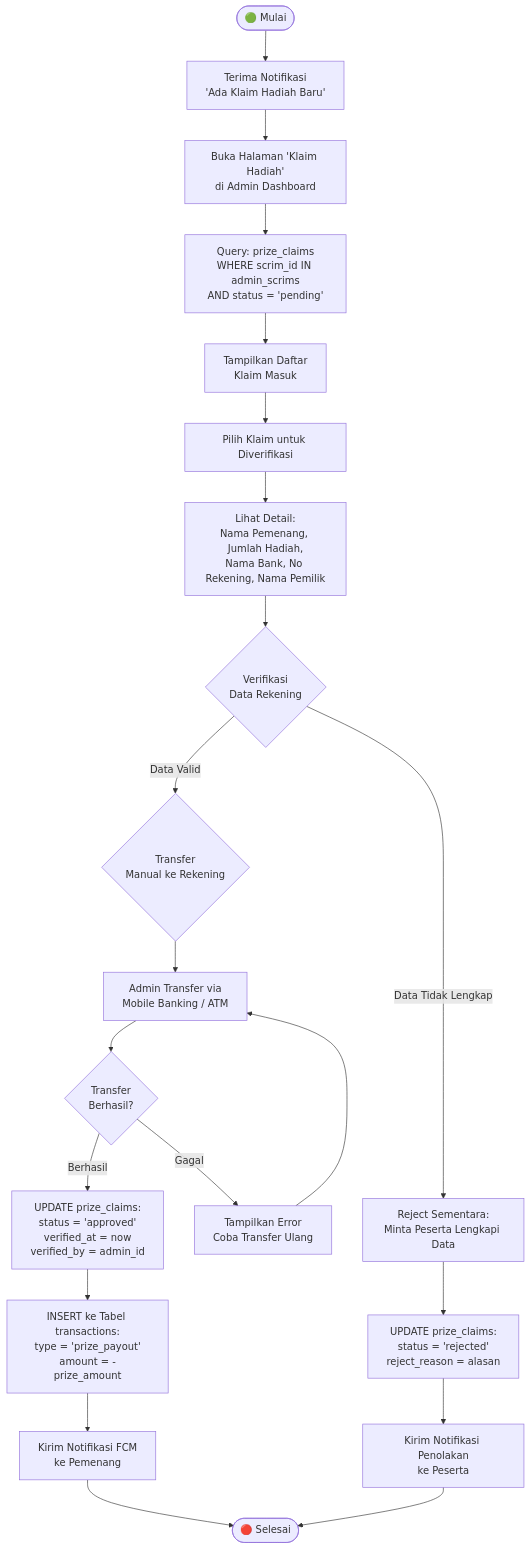
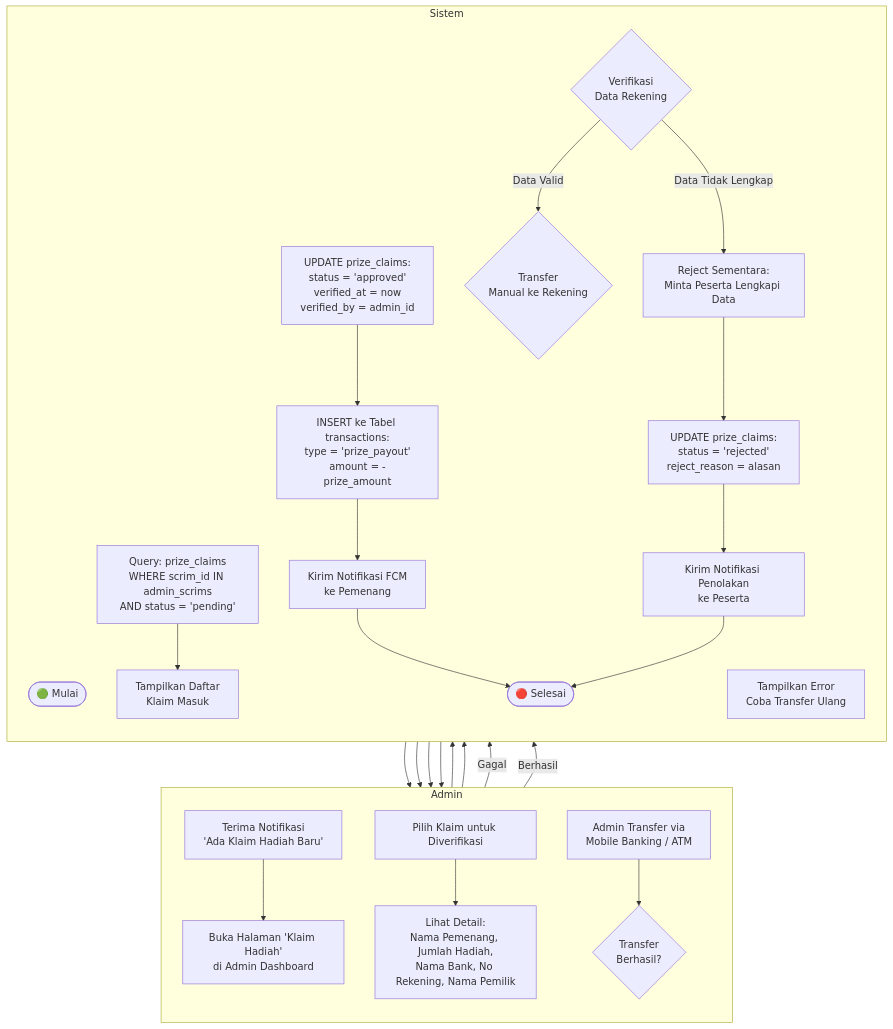
One commit to yosima050/booyahhub changed diagram 19 of 43 in DOKUMENTASI.md. Above: the diagram before and after it, drawn with Mermaid. The commit also changed other lines of this file, not shown here.

Commit message:
docs: rename Platform Owner role to Platform and refactor Mermaid flowcharts in documentation

````diff
--- a/DOKUMENTASI.md
+++ b/DOKUMENTASI.md
@@ -732,22 +851,29 @@
 ```mermaid
 flowchart TD
-    A([🟢 Mulai]) --> B[Terima Notifikasi\n'Ada Klaim Hadiah Baru']
-    B --> C[Buka Halaman 'Klaim Hadiah'\ndi Admin Dashboard]
-    C --> D[Query: prize_claims\nWHERE scrim_id IN admin_scrims\nAND status = 'pending']
-    D --> E[Tampilkan Daftar\nKlaim Masuk]
-    E --> F[Pilih Klaim untuk Diverifikasi]
-    F --> G[Lihat Detail:\nNama Pemenang, Jumlah Hadiah,\nNama Bank, No Rekening, Nama Pemilik]
-    G --> H{Verifikasi\nData Rekening}
-    H -->|Data Tidak Lengkap| I[Reject Sementara:\nMinta Peserta Lengkapi Data]
-    H -->|Data Valid| J{Transfer\nManual ke Rekening}
-    J --> K[Admin Transfer via\nMobile Banking / ATM]
-    K --> L{Transfer\nBerhasil?}
-    L -->|Gagal| M[Tampilkan Error\nCoba Transfer Ulang]
-    M --> K
-    L -->|Berhasil| N[UPDATE prize_claims:\nstatus = 'approved'\nverified_at = now\nverified_by = admin_id]
-    N --> O[INSERT ke Tabel transactions:\ntype = 'prize_payout'\namount = -prize_amount]
-    O --> P[Kirim Notifikasi FCM\nke Pemenang]
-    I --> Q[UPDATE prize_claims:\nstatus = 'rejected'\nreject_reason = alasan]
-    Q --> R[Kirim Notifikasi Penolakan\nke Peserta]
-    P & R --> S([🔴 Selesai])
+    subgraph Admin
+        direction TB
+        B[Terima Notifikasi<br/>'Ada Klaim Hadiah Baru'] --> C[Buka Halaman 'Klaim Hadiah'<br/>di Admin Dashboard]
+        F[Pilih Klaim untuk Diverifikasi] --> G
+        K[Admin Transfer via<br/>Mobile Banking / ATM] --> L
+    end
+
+    subgraph Sistem
+        direction TB
+        A([🟢 Mulai]) --> B
+        C --> D[Query: prize_claims<br/>WHERE scrim_id IN admin_scrims<br/>AND status = 'pending']
+        D --> E[Tampilkan Daftar<br/>Klaim Masuk]
+        E --> F
+        G[Lihat Detail:<br/>Nama Pemenang, Jumlah Hadiah,<br/>Nama Bank, No Rekening, Nama Pemilik] --> H{Verifikasi<br/>Data Rekening}
+        H -->|Data Tidak Lengkap| I[Reject Sementara:<br/>Minta Peserta Lengkapi Data]
+        H -->|Data Valid| J{Transfer<br/>Manual ke Rekening}
+        J --> K
+        L{Transfer<br/>Berhasil?} -->|Gagal| M[Tampilkan Error<br/>Coba Transfer Ulang]
+        M --> K
+        L -->|Berhasil| N[UPDATE prize_claims:<br/>status = 'approved'<br/>verified_at = now<br/>verified_by = admin_id]
+        N --> O[INSERT ke Tabel transactions:<br/>type = 'prize_payout'<br/>amount = -prize_amount]
+        O --> P[Kirim Notifikasi FCM<br/>ke Pemenang]
+        I --> Q[UPDATE prize_claims:<br/>status = 'rejected'<br/>reject_reason = alasan]
+        Q --> R[Kirim Notifikasi Penolakan<br/>ke Peserta]
+        P & R --> S([🔴 Selesai])
+    end
 ```
````
